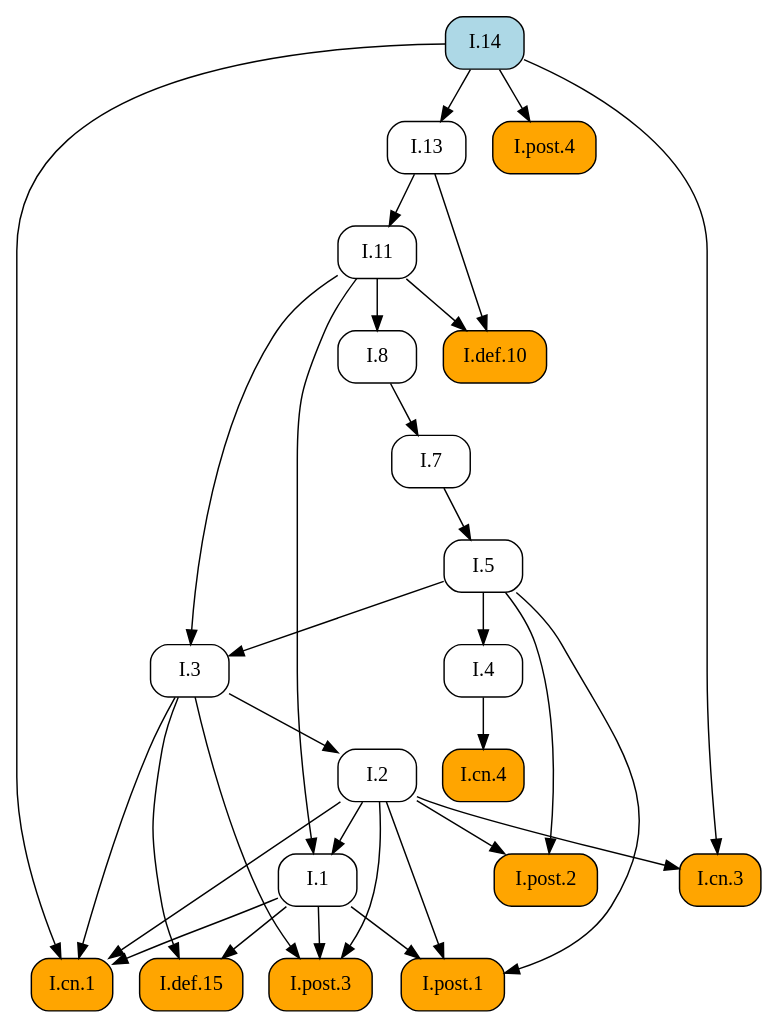
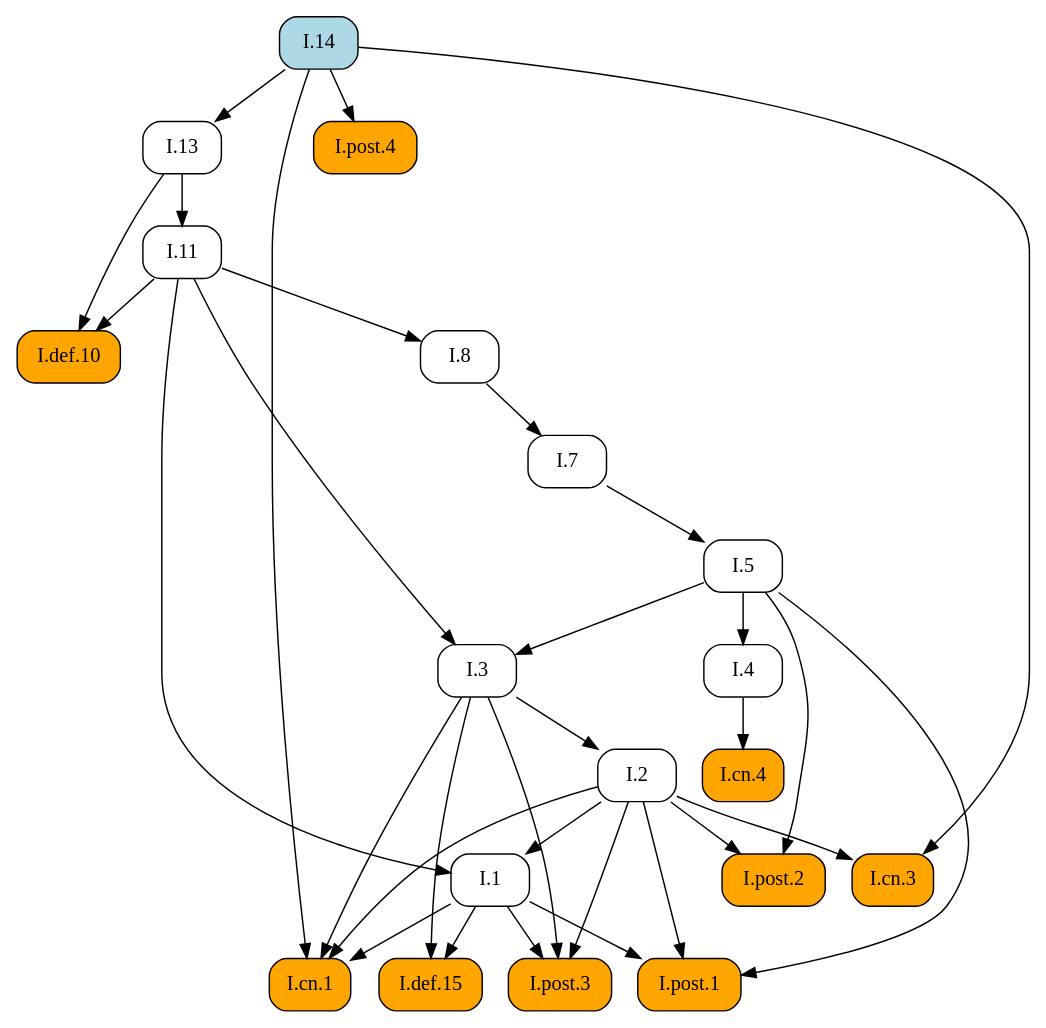
One commit to geometor/elements changed the diagram in docsrc/heath/I/14/index.rst. Above: the diagram before and after it, drawn with Graphviz. The commit also changed other lines of this file and 1029 other files, not shown here.

```diff
--- a/docsrc/heath/I/14/index.rst
+++ b/docsrc/heath/I/14/index.rst
@@ -82,56 +82,56 @@
 .. graphviz::
 
    digraph {
      rankdir="TB";
      node [shape=box, style=rounded];
+     "I.def.10" [style="rounded,filled", fillcolor=orange, URL="/heath/I/def.10/", target="_top"];
+     "I.11" [URL="/heath/I/11/", target="_top"];
+     "I.post.4" [style="rounded,filled", fillcolor=orange, URL="/heath/I/post.4/", target="_top"];
+     "I.1" [URL="/heath/I/1/", target="_top"];
+     "I.7" [URL="/heath/I/7/", target="_top"];
+     "I.3" [URL="/heath/I/3/", target="_top"];
+     "I.2" [URL="/heath/I/2/", target="_top"];
+     "I.4" [URL="/heath/I/4/", target="_top"];
      "I.13" [URL="/heath/I/13/", target="_top"];
+     "I.post.2" [style="rounded,filled", fillcolor=orange, URL="/heath/I/post.2/", target="_top"];
+     "I.def.15" [style="rounded,filled", fillcolor=orange, URL="/heath/I/def.15/", target="_top"];
+     "I.post.3" [style="rounded,filled", fillcolor=orange, URL="/heath/I/post.3/", target="_top"];
+     "I.cn.1" [style="rounded,filled", fillcolor=orange, URL="/heath/I/cn.1/", target="_top"];
      "I.cn.3" [style="rounded,filled", fillcolor=orange, URL="/heath/I/cn.3/", target="_top"];
+     "I.8" [URL="/heath/I/8/", target="_top"];
+     "I.cn.4" [style="rounded,filled", fillcolor=orange, URL="/heath/I/cn.4/", target="_top"];
+     "I.14" [style="rounded,filled", fillcolor=lightblue, URL="/heath/I/14/", target="_top"];
+     "I.post.1" [style="rounded,filled", fillcolor=orange, URL="/heath/I/post.1/", target="_top"];
      "I.5" [URL="/heath/I/5/", target="_top"];
-     "I.11" [URL="/heath/I/11/", target="_top"];
-     "I.7" [URL="/heath/I/7/", target="_top"];
-     "I.4" [URL="/heath/I/4/", target="_top"];
-     "I.3" [URL="/heath/I/3/", target="_top"];
-     "I.8" [URL="/heath/I/8/", target="_top"];
-     "I.def.10" [style="rounded,filled", fillcolor=orange, URL="/heath/I/def.10/", target="_top"];
-     "I.post.2" [style="rounded,filled", fillcolor=orange, URL="/heath/I/post.2/", target="_top"];
-     "I.post.4" [style="rounded,filled", fillcolor=orange, URL="/heath/I/post.4/", target="_top"];
-     "I.2" [URL="/heath/I/2/", target="_top"];
-     "I.def.15" [style="rounded,filled", fillcolor=orange, URL="/heath/I/def.15/", target="_top"];
-     "I.1" [URL="/heath/I/1/", target="_top"];
-     "I.post.3" [style="rounded,filled", fillcolor=orange, URL="/heath/I/post.3/", target="_top"];
-     "I.post.1" [style="rounded,filled", fillcolor=orange, URL="/heath/I/post.1/", target="_top"];
-     "I.14" [style="rounded,filled", fillcolor=lightblue, URL="/heath/I/14/", target="_top"];
-     "I.cn.4" [style="rounded,filled", fillcolor=orange, URL="/heath/I/cn.4/", target="_top"];
-     "I.cn.1" [style="rounded,filled", fillcolor=orange, URL="/heath/I/cn.1/", target="_top"];
-     "I.14" -> "I.13";
-     "I.2" -> "I.cn.3";
-     "I.14" -> "I.cn.3";
-     "I.7" -> "I.5";
+     "I.11" -> "I.def.10";
+     "I.13" -> "I.def.10";
      "I.13" -> "I.11";
+     "I.14" -> "I.post.4";
+     "I.2" -> "I.1";
+     "I.11" -> "I.1";
      "I.8" -> "I.7";
-     "I.5" -> "I.4";
      "I.5" -> "I.3";
      "I.11" -> "I.3";
-     "I.11" -> "I.8";
-     "I.11" -> "I.def.10";
-     "I.13" -> "I.def.10";
+     "I.3" -> "I.2";
+     "I.5" -> "I.4";
+     "I.14" -> "I.13";
      "I.2" -> "I.post.2";
      "I.5" -> "I.post.2";
-     "I.14" -> "I.post.4";
-     "I.3" -> "I.2";
      "I.1" -> "I.def.15";
      "I.3" -> "I.def.15";
-     "I.2" -> "I.1";
-     "I.11" -> "I.1";
      "I.1" -> "I.post.3";
      "I.2" -> "I.post.3";
      "I.3" -> "I.post.3";
-     "I.1" -> "I.post.1";
-     "I.2" -> "I.post.1";
-     "I.5" -> "I.post.1";
-     "I.4" -> "I.cn.4";
      "I.1" -> "I.cn.1";
      "I.2" -> "I.cn.1";
      "I.3" -> "I.cn.1";
      "I.14" -> "I.cn.1";
+     "I.2" -> "I.cn.3";
+     "I.14" -> "I.cn.3";
+     "I.11" -> "I.8";
+     "I.4" -> "I.cn.4";
+     "I.1" -> "I.post.1";
+     "I.2" -> "I.post.1";
+     "I.5" -> "I.post.1";
+     "I.7" -> "I.5";
    }
```
